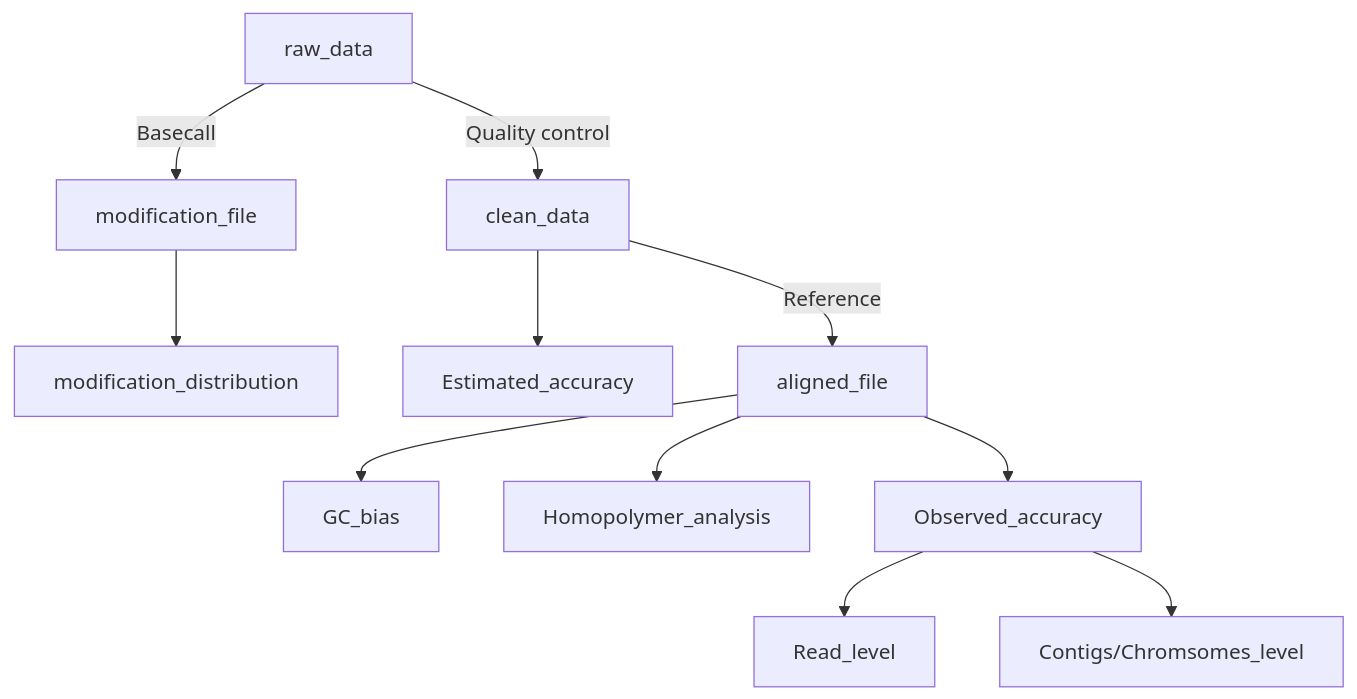
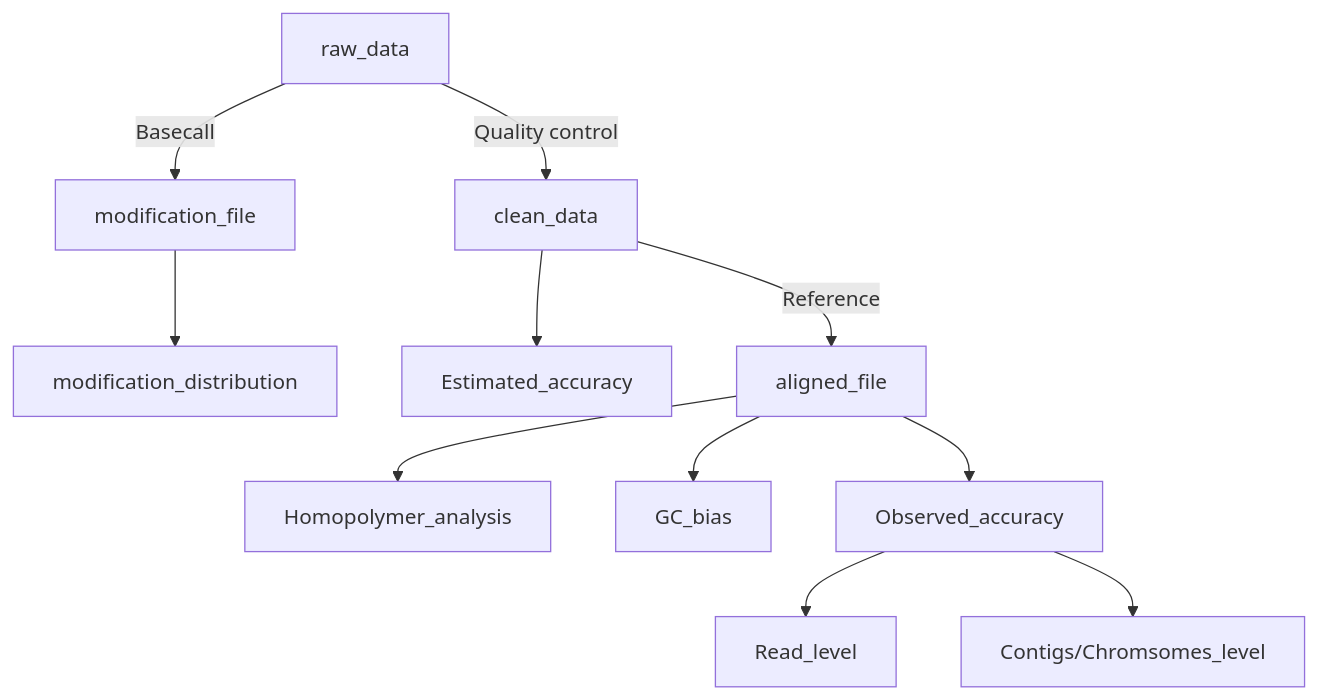
Before and after one commit to lxd98/Giraffe_View: the diagram in README.md, drawn with Mermaid. The commit also changed other lines of this file, not shown here.

````diff
--- a/README.md
+++ b/README.md
@@ -7,13 +7,13 @@
 ```mermaid
 graph TD
 raw_data --> |Quality control| clean_data
 raw_data --> |Basecall| modification_file
 modification_file --> modification_distribution
 clean_data --> Estimated_accuracy
 clean_data --> |Reference| aligned_file
+aligned_file --> Homopolymer_analysis
 aligned_file --> GC_bias 
-aligned_file --> Homopolymer_analysis
 aligned_file --> Observed_accuracy
 Observed_accuracy --> Read_level
 Observed_accuracy --> Contigs/Chromsomes_level
 ```
````
